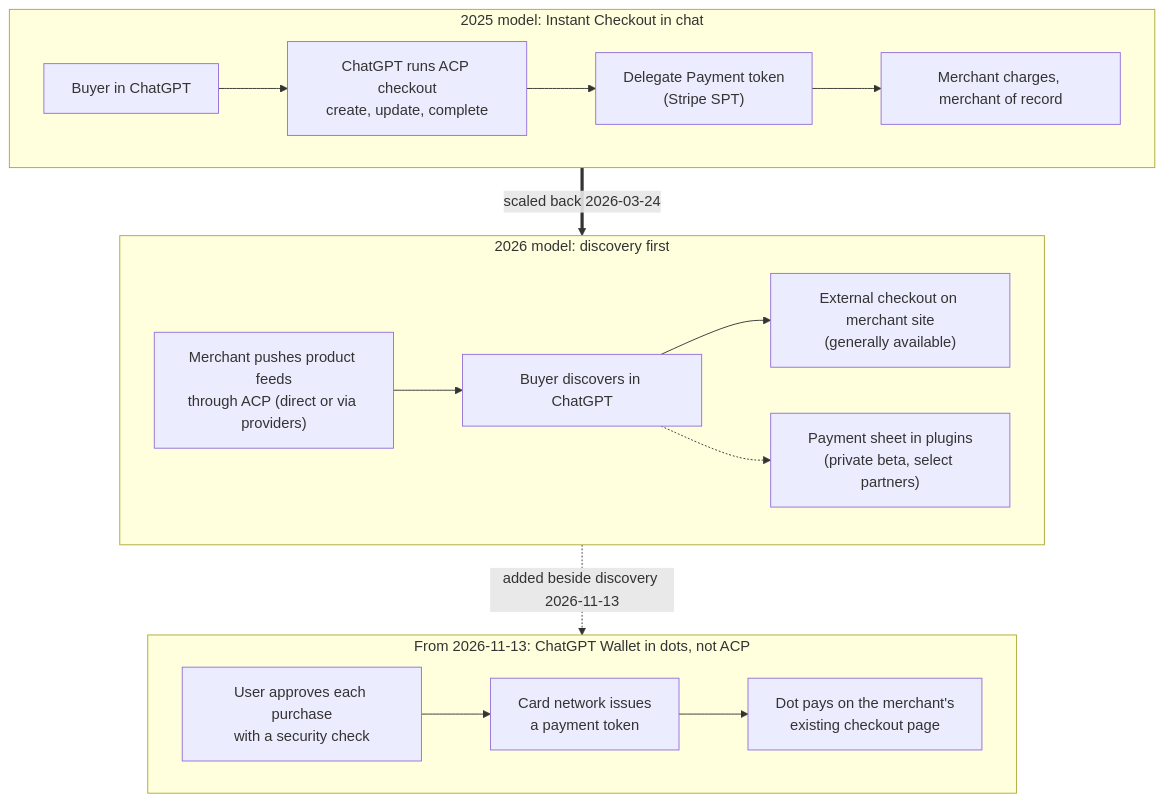
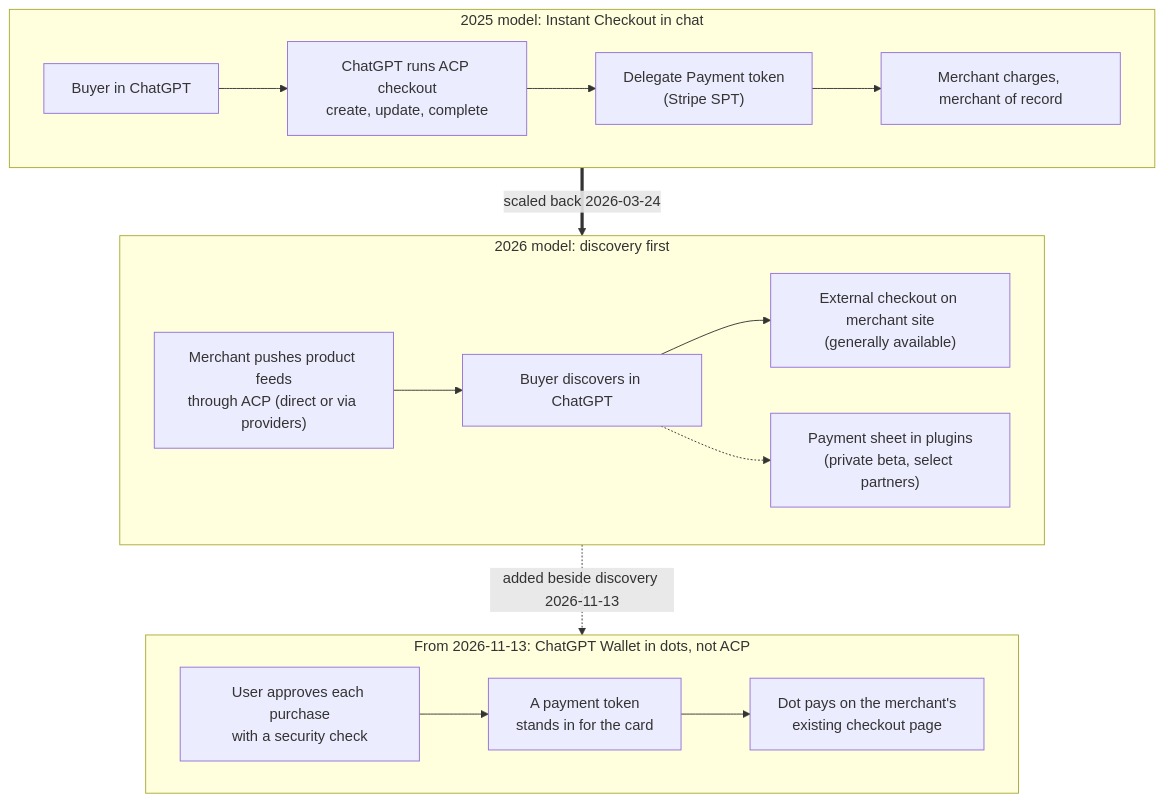
The diagram in src/content/diagrams/openai-acp-models-2025-2026.mmd (mercesAI/agentic-rails-atlas), drawn with Mermaid before and after one commit. The commit also changed 276 other files, not shown here.

```diff
--- a/src/content/diagrams/openai-acp-models-2025-2026.mmd
+++ b/src/content/diagrams/openai-acp-models-2025-2026.mmd
@@ -1,17 +1,17 @@
 flowchart TB
   subgraph M25["2025 model: Instant Checkout in chat"]
     A1["Buyer in ChatGPT"] --> A2["ChatGPT runs ACP checkout<br/>create, update, complete"]
     A2 --> A3["Delegate Payment token<br/>(Stripe SPT)"]
     A3 --> A4["Merchant charges, merchant of record"]
   end
   subgraph M26["2026 model: discovery first"]
     B0["Merchant pushes product feeds<br/>through ACP (direct or via providers)"] --> B1["Buyer discovers in ChatGPT"]
     B1 --> B2["External checkout on merchant site<br/>(generally available)"]
     B1 -.-> B3["Payment sheet in plugins<br/>(private beta, select partners)"]
   end
   subgraph M27["From 2026-11-13: ChatGPT Wallet in dots, not ACP"]
-    C1["User approves each purchase<br/>with a security check"] --> C2["Card network issues<br/>a payment token"]
+    C1["User approves each purchase<br/>with a security check"] --> C2["A payment token<br/>stands in for the card"]
     C2 --> C3["Dot pays on the merchant's<br/>existing checkout page"]
   end
   M25 == "scaled back 2026-03-24" ==> M26
   M26 -. "added beside discovery 2026-11-13" .-> M27
```
